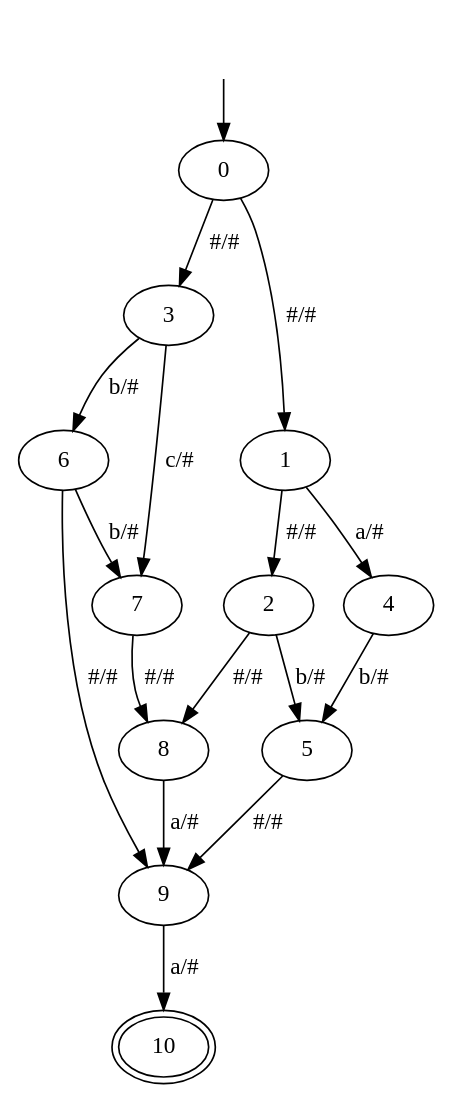
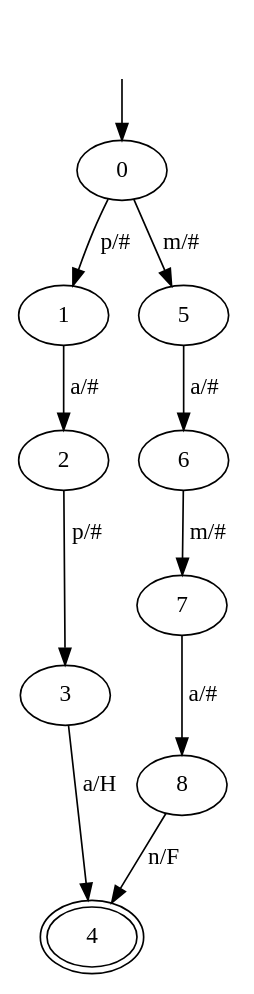
Before and after one commit to justinnth/Projet_Compilation: the diagram in files/dot/dotFile.dot, drawn with Graphviz. The commit also changed 5 other files, not shown here.

```diff
--- a/files/dot/dotFile.dot
+++ b/files/dot/dotFile.dot
@@ -1,1 +1,1 @@
-digraph G{0->3 [label="#/#"];0->1 [label="#/#"];1->2 [label="#/#"];1->4 [label="a/#"];2->8 [label="#/#"];2->5 [label="b/#"];3->6 [label="b/#"];3->7 [label="c/#"];4->5 [label="b/#"];5->9 [label="#/#"];6->7 [label="b/#"];6->9 [label="#/#"];7->8 [label="#/#"];8->9 [label="a/#"];9->10 [label="a/#"];""->0;"" [shape=none]10 [peripheries=2];}
+digraph G{0->1 [label="p/#"];1->2 [label="a/#"];2->3 [label="p/#"];3->4 [label="a/H"];0->5 [label="m/#"];5->6 [label="a/#"];6->7 [label="m/#"];7->8 [label="a/#"];8->4 [label="n/F"];""->0;"" [shape=none]4 [peripheries=2];}
```
